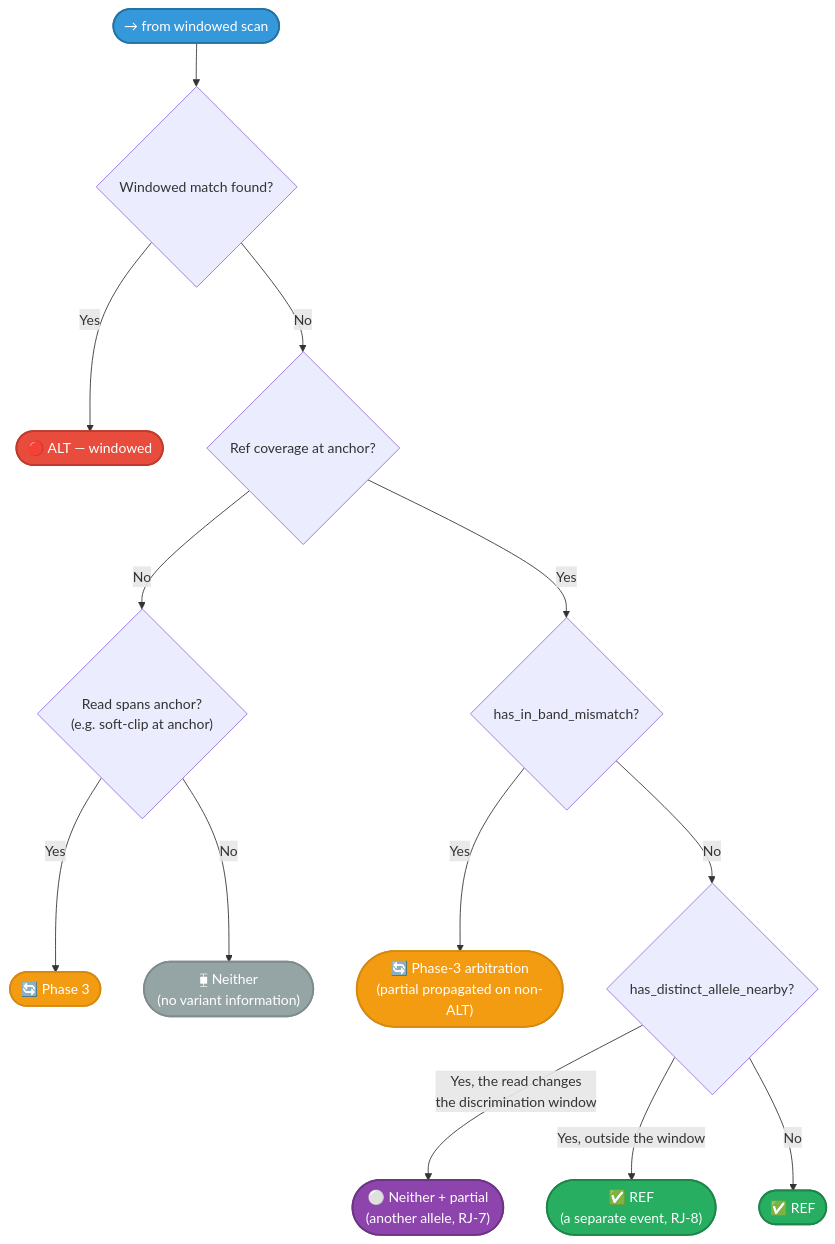
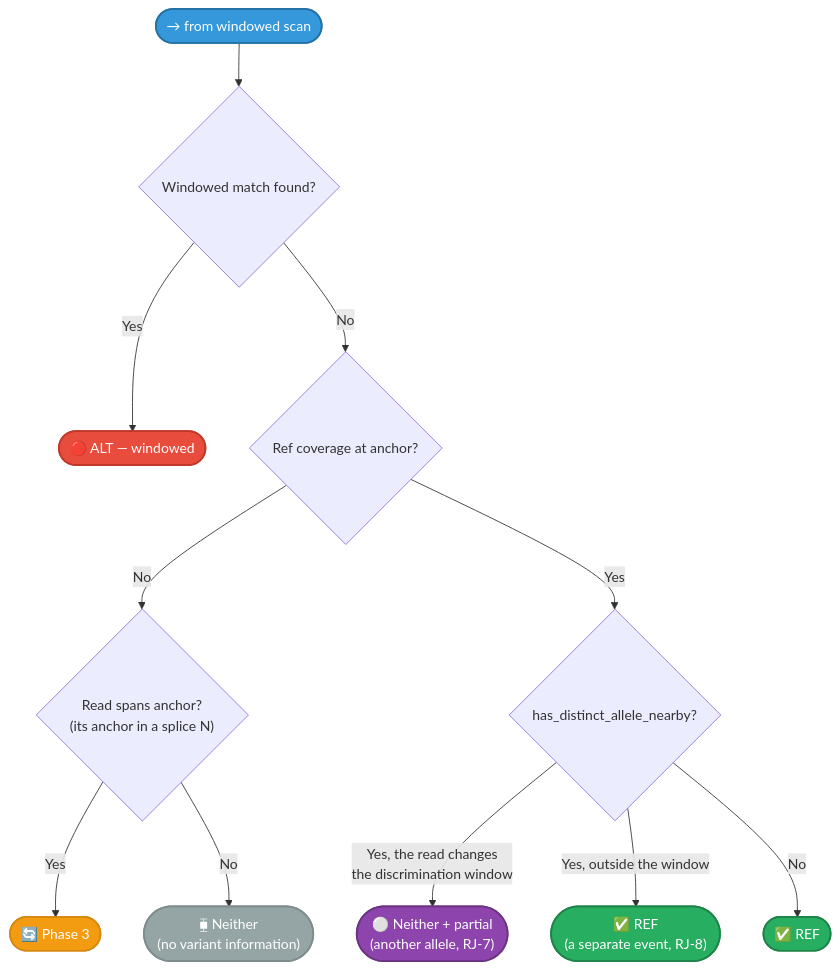
One commit to msk-access/gbcms changed the seventh of 12 diagrams in docs/reference/allele-classification.md. Above: the diagram before and after it, drawn with Mermaid. The commit also changed other lines of this file and 7 other files, not shown here.

First line of the commit message:
refactor(counting): retire the 50+ bp deletion length band and its Phase 3 route

````diff
--- a/docs/reference/allele-classification.md
+++ b/docs/reference/allele-classification.md
@@ -446,22 +469,20 @@
 ```mermaid
 flowchart TD
     EvalIn(["→ from windowed scan"]):::entry --> Win{"Windowed match found?"}
     Win -->|Yes| WinAlt(["🔴 ALT — windowed"]):::alt
     Win -->|No| Spans{"Ref coverage at anchor?"}
-    Spans -->|No| AnchorSpan{"Read spans anchor?\n(e.g. soft-clip at anchor)"}
+    Spans -->|No| AnchorSpan{"Read spans anchor?\n(its anchor in a splice N)"}
     AnchorSpan -->|Yes| CPX(["🔄 Phase 3"]):::fallback
     AnchorSpan -->|No| Neither(["⧯ Neither\n(no variant information)"]):::neither
-    Spans -->|Yes| IBCheck{"has_in_band_mismatch?"}
-    IBCheck -->|Yes| CPXP(["🔄 Phase-3 arbitration\n(partial propagated on non-ALT)"]):::fallback
-    IBCheck -->|No| WLCheck{"has_distinct_allele_nearby?"}
+    Spans -->|Yes| WLCheck{"has_distinct_allele_nearby?"}
     WLCheck -->|"Yes, the read changes\nthe discrimination window"| WLPartial(["⚪ Neither + partial\n(another allele, RJ-7)"]):::partial
     WLCheck -->|"Yes, outside the window"| RefSep(["✅ REF\n(a separate event, RJ-8)"]):::ref
     WLCheck -->|No| Ref(["✅ REF"]):::ref
 
     classDef entry fill:#3498db,color:#fff,stroke:#2471a3,stroke-width:2px;
     classDef ref fill:#27ae60,color:#fff,stroke:#1e8449,stroke-width:2px;
     classDef alt fill:#e74c3c,color:#fff,stroke:#c0392b,stroke-width:2px;
     classDef neither fill:#95a5a6,color:#fff,stroke:#7f8c8d,stroke-width:2px;
     classDef partial fill:#8e44ad,color:#fff,stroke:#6c3483,stroke-width:2px;
     classDef fallback fill:#f39c12,color:#fff,stroke:#d68910,stroke-width:2px;
 ```
````
